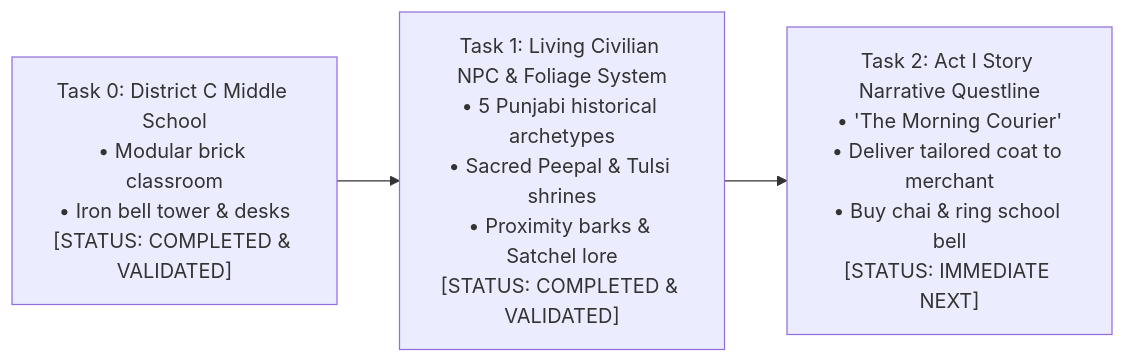
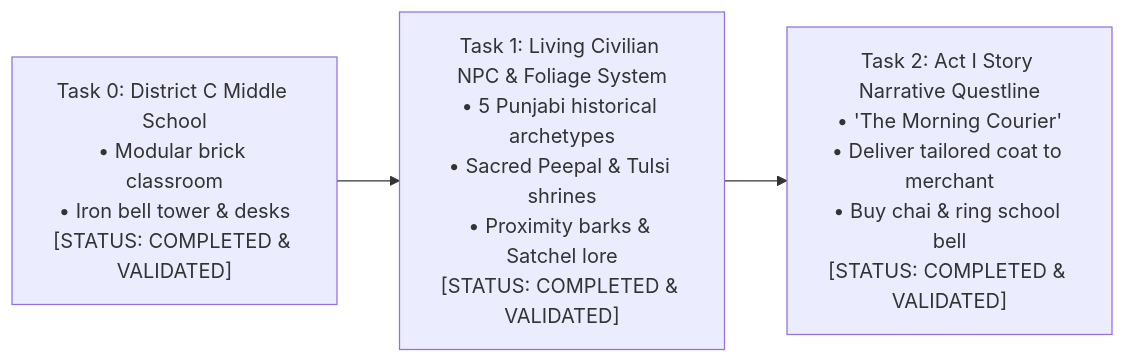
One commit to npal78229-eng/REVOLUTION-Game changed the first of 2 diagrams in Documentation/NEXT_STEPS.md. Above: the diagram before and after it, drawn with Mermaid. The commit also changed other lines of this file and 11 other files, not shown here.

Commit message:
feat(quest): implement Act I The Morning Courier 8-stage narrative questline and update documentation

````diff
--- a/Documentation/NEXT_STEPS.md
+++ b/Documentation/NEXT_STEPS.md
@@ -12,11 +12,11 @@
 ```mermaid
 flowchart LR
     Task0["Task 0: District C Middle School\n• Modular brick classroom\n• Iron bell tower & desks\n[STATUS: COMPLETED & VALIDATED]"]
     
     Task1["Task 1: Living Civilian NPC & Foliage System\n• 5 Punjabi historical archetypes\n• Sacred Peepal & Tulsi shrines\n• Proximity barks & Satchel lore\n[STATUS: COMPLETED & VALIDATED]"]
     
-    Task2["Task 2: Act I Story Narrative Questline\n• 'The Morning Courier'\n• Deliver tailored coat to merchant\n• Buy chai & ring school bell\n[STATUS: IMMEDIATE NEXT]"]
+    Task2["Task 2: Act I Story Narrative Questline\n• 'The Morning Courier'\n• Deliver tailored coat to merchant\n• Buy chai & ring school bell\n[STATUS: COMPLETED & VALIDATED]"]
 
     Task0 --> Task1
     Task1 --> Task2
 ```
````
